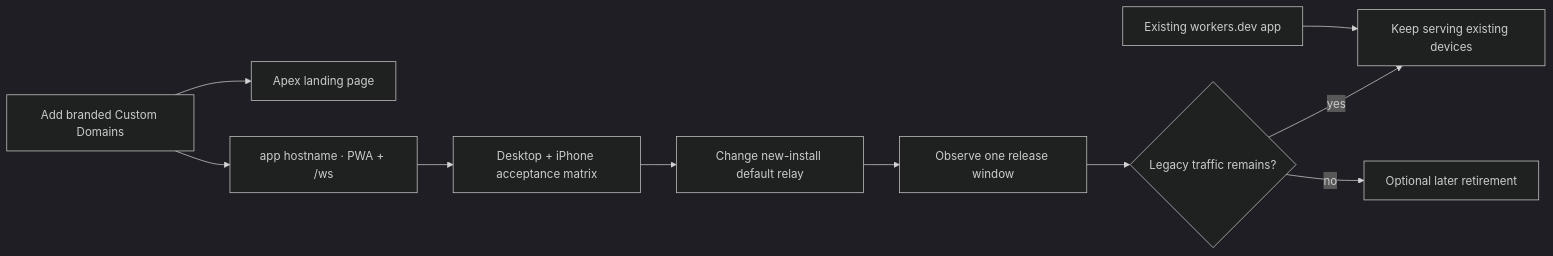
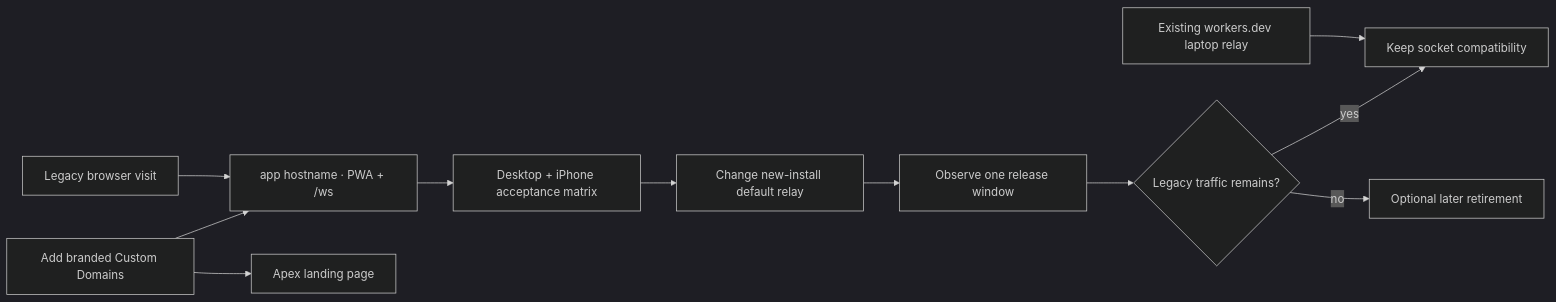
The diagram in docs/PUBLIC-LAUNCH.md (Sahith59/LongLe-sh), drawn with Mermaid (dark theme) before and after one commit. The commit also changed other lines of this file and 38 other files, not shown here.

````diff
--- a/docs/PUBLIC-LAUNCH.md
+++ b/docs/PUBLIC-LAUNCH.md
@@ -99,12 +106,13 @@
 ```mermaid
 flowchart LR
-    Old["Existing workers.dev app"] --> Keep["Keep serving existing devices"]
+    Old["Existing workers.dev laptop relay"] --> Keep["Keep socket compatibility"]
+    Browser["Legacy browser visit"] --> App
     Domain["Add branded Custom Domains"] --> Site["Apex landing page"]
     Domain --> App["app hostname · PWA + /ws"]
     App --> Verify["Desktop + iPhone acceptance matrix"]
     Verify --> Installer["Change new-install default relay"]
     Installer --> Observe["Observe one release window"]
     Observe --> Decide{"Legacy traffic remains?"}
     Decide -->|"yes"| Keep
     Decide -->|"no"| Retire["Optional later retirement"]
 ```
````
